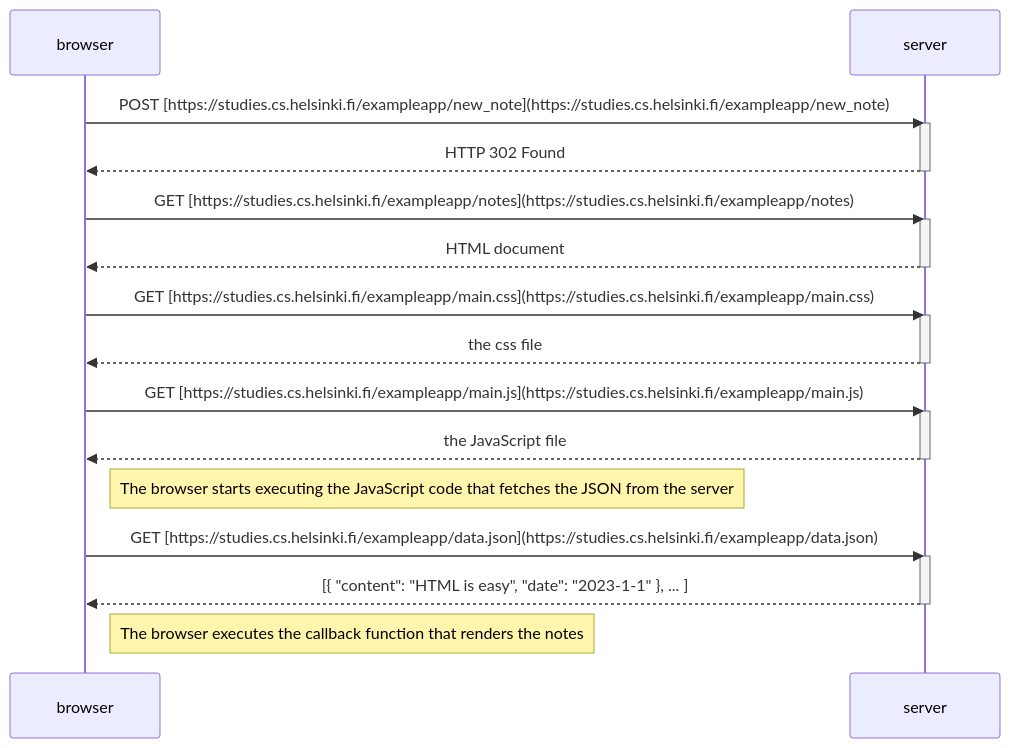
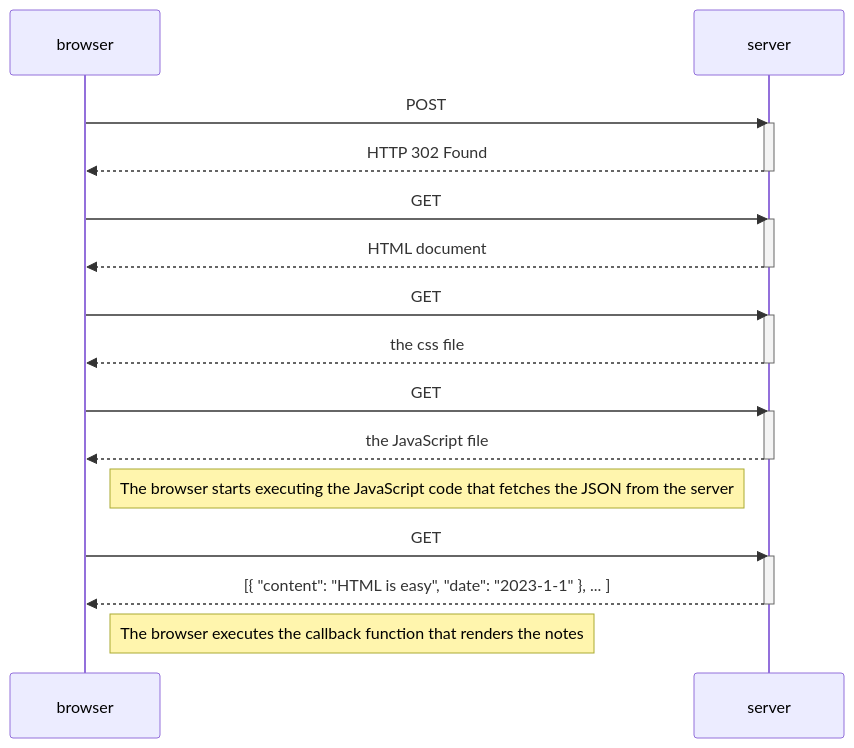
Before and after one commit to SKTS-007/Fullstack-Helsinki: the diagram in Part-0/0.4.md, drawn with Mermaid.

Commit message:
Remove URLs from sequence diagram in 0.4.md

````diff
--- a/Part-0/0.4.md
+++ b/Part-0/0.4.md
@@ -1,34 +1,34 @@
 ```mermaid
 sequenceDiagram
     participant browser
     participant server
 
-    browser->>server: POST [https://studies.cs.helsinki.fi/exampleapp/new_note](https://studies.cs.helsinki.fi/exampleapp/new_note)
+    browser->>server: POST 
     activate server
     server-->>browser: HTTP 302 Found
     deactivate server
 
-    browser->>server: GET [https://studies.cs.helsinki.fi/exampleapp/notes](https://studies.cs.helsinki.fi/exampleapp/notes)
+    browser->>server: GET 
     activate server
     server-->>browser: HTML document
     deactivate server
 
-    browser->>server: GET [https://studies.cs.helsinki.fi/exampleapp/main.css](https://studies.cs.helsinki.fi/exampleapp/main.css)
+    browser->>server: GET 
     activate server
     server-->>browser: the css file
     deactivate server
 
-    browser->>server: GET [https://studies.cs.helsinki.fi/exampleapp/main.js](https://studies.cs.helsinki.fi/exampleapp/main.js)
+    browser->>server: GET 
     activate server
     server-->>browser: the JavaScript file
     deactivate server
 
     Note right of browser: The browser starts executing the JavaScript code that fetches the JSON from the server
 
-    browser->>server: GET [https://studies.cs.helsinki.fi/exampleapp/data.json](https://studies.cs.helsinki.fi/exampleapp/data.json)
+    browser->>server: GET 
     activate server
     server-->>browser: [{ "content": "HTML is easy", "date": "2023-1-1" }, ... ]
     deactivate server
 
     Note right of browser: The browser executes the callback function that renders the notes
 ```
````
